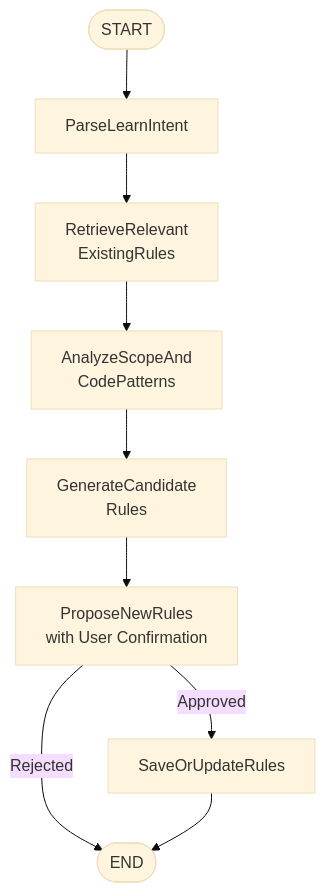
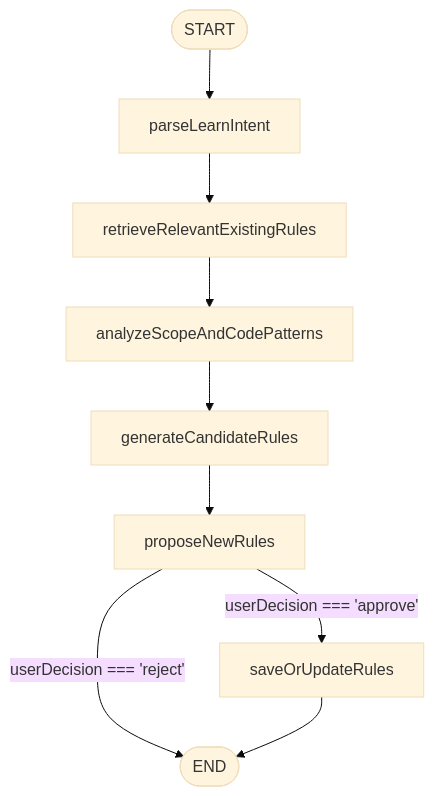
The diagram in packages/core/learning-subgraph.md (Chshine1/rulesage), drawn with Mermaid (base theme) before and after one commit. The commit also changed other lines of this file, not shown here.

````diff
--- a/packages/core/learning-subgraph.md
+++ b/packages/core/learning-subgraph.md
@@ -304,11 +73,11 @@
 ```mermaid
 graph TD
-    START([START]) --> ParseLearnIntent[ParseLearnIntent]
-    ParseLearnIntent --> RetrieveRelevant[RetrieveRelevant<br/>ExistingRules]
-    RetrieveRelevant --> AnalyzeScope[AnalyzeScopeAnd<br/>CodePatterns]
-    AnalyzeScope --> GenerateCandidate[GenerateCandidate<br/>Rules]
-    GenerateCandidate --> ProposeNewRules[ProposeNewRules<br/>with User Confirmation]
-    ProposeNewRules -->|Approved| SaveOrUpdate[SaveOrUpdateRules]
-    ProposeNewRules -->|Rejected| END([END])
-    SaveOrUpdate --> END
+    START([START]) --> parseLearnIntent[parseLearnIntent]
+    parseLearnIntent --> retrieveRelevantExistingRules[retrieveRelevantExistingRules]
+    retrieveRelevantExistingRules --> analyzeScopeAndCodePatterns[analyzeScopeAndCodePatterns]
+    analyzeScopeAndCodePatterns --> generateCandidateRules[generateCandidateRules]
+    generateCandidateRules --> proposeNewRules[proposeNewRules]
+    proposeNewRules -->|userDecision === 'approve'| saveOrUpdateRules[saveOrUpdateRules]
+    proposeNewRules -->|userDecision === 'reject'| END([END])
+    saveOrUpdateRules --> END
 ```
````
